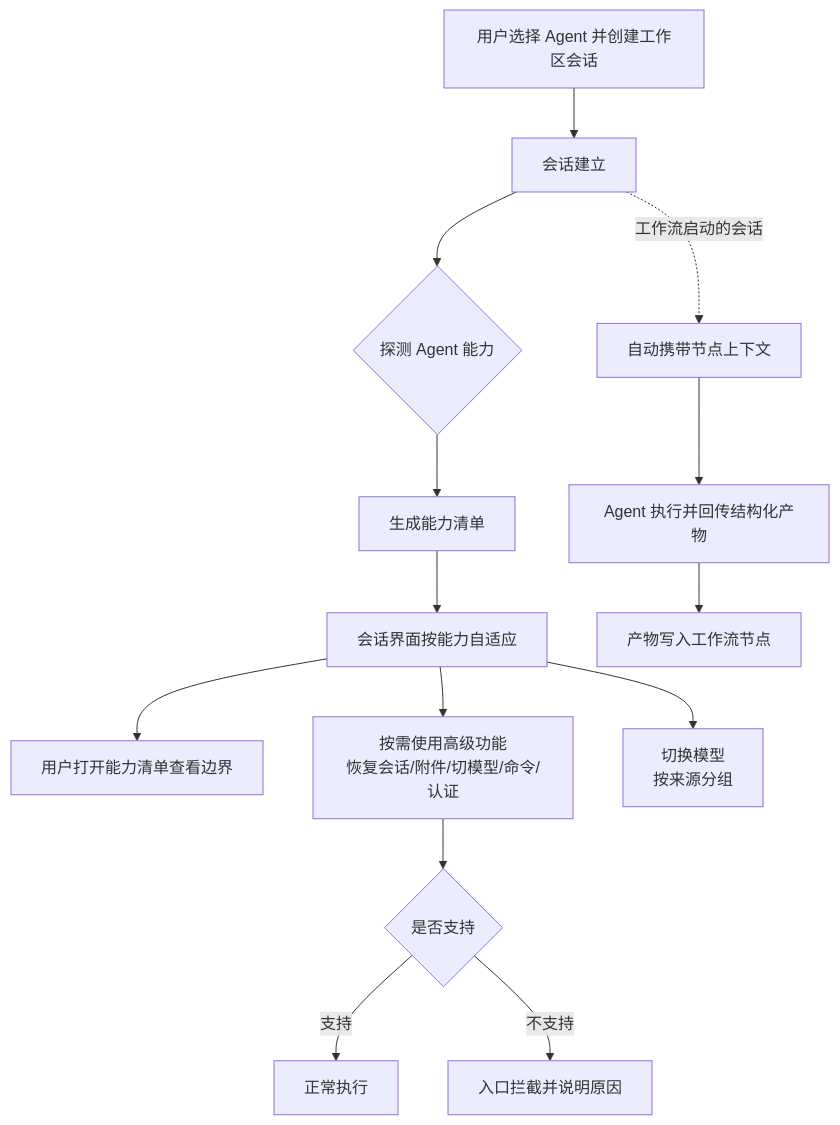
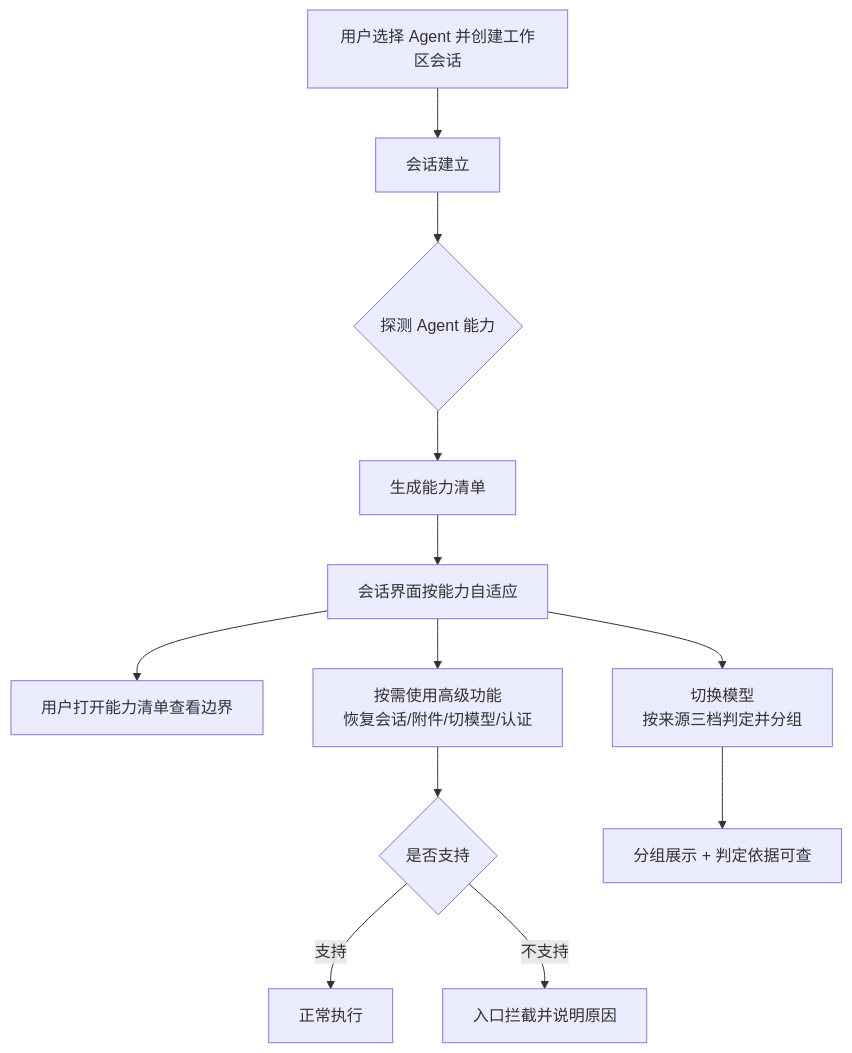
One commit to Deliay/z-agent-gear changed the second of 2 diagrams in docs/product/draft/20261021-acp-protocol-enhancement.md. Above: the diagram before and after it, drawn with Mermaid. The commit also changed other lines of this file and 4 other files, not shown here.

````diff
--- a/docs/product/draft/20261021-acp-protocol-enhancement.md
+++ b/docs/product/draft/20261021-acp-protocol-enhancement.md
@@ -132,16 +126,14 @@
 ```mermaid
 flowchart TD
     A[用户选择 Agent 并创建工作区会话] --> B[会话建立]
     B --> C{探测 Agent 能力}
     C --> D[生成能力清单]
     D --> E[会话界面按能力自适应]
     E --> F[用户打开能力清单查看边界]
-    E --> G[按需使用高级功能<br/>恢复会话/附件/切模型/命令/认证]
+    E --> G[按需使用高级功能<br/>恢复会话/附件/切模型/认证]
     G --> H{是否支持}
     H -->|支持| I[正常执行]
     H -->|不支持| J[入口拦截并说明原因]
-    E --> K[切换模型<br/>按来源分组]
-    B -.->|工作流启动的会话| L[自动携带节点上下文]
-    L --> M[Agent 执行并回传结构化产物]
-    M --> N[产物写入工作流节点]
+    E --> K[切换模型<br/>按来源三档判定并分组]
+    K --> L[分组展示 + 判定依据可查]
 ```
````
